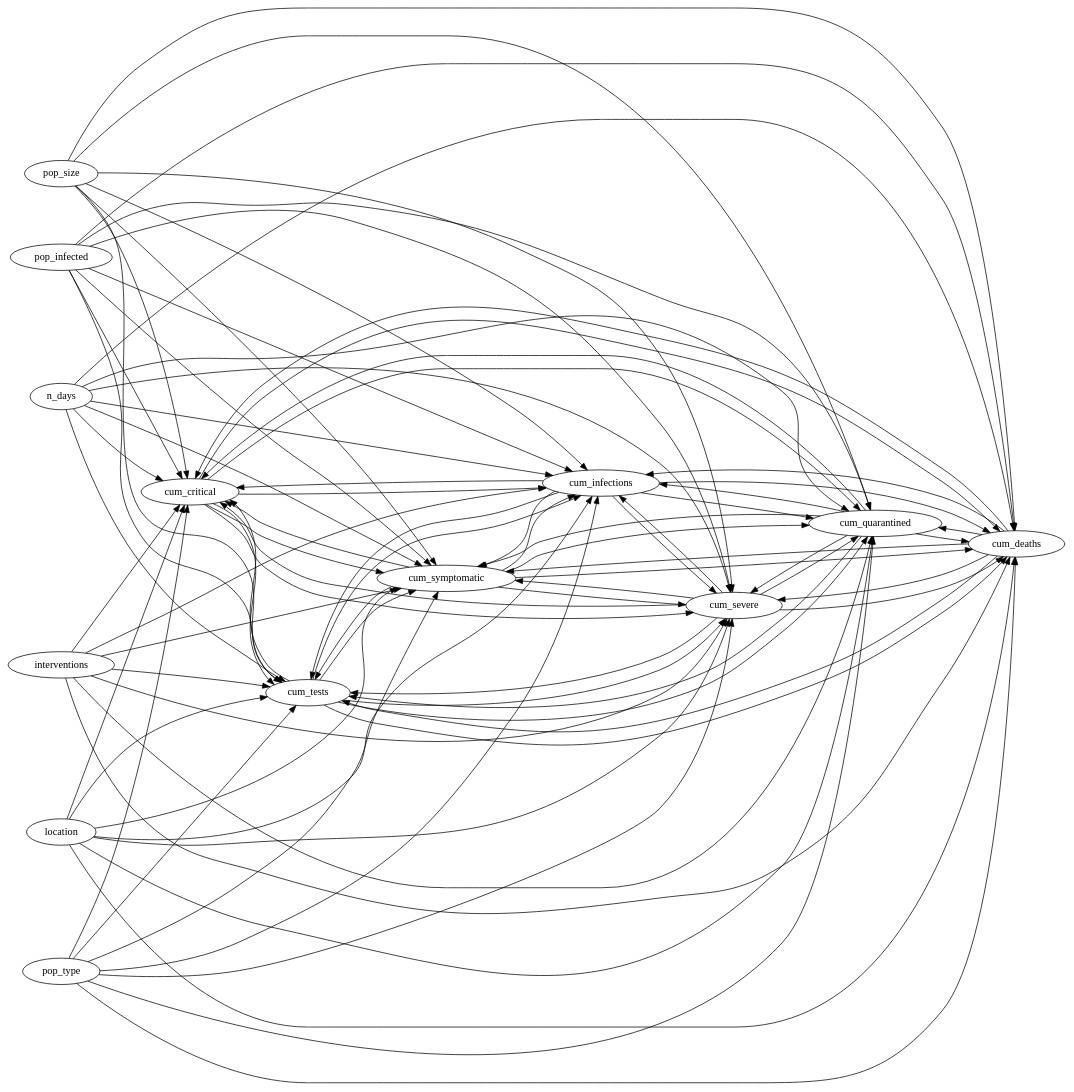
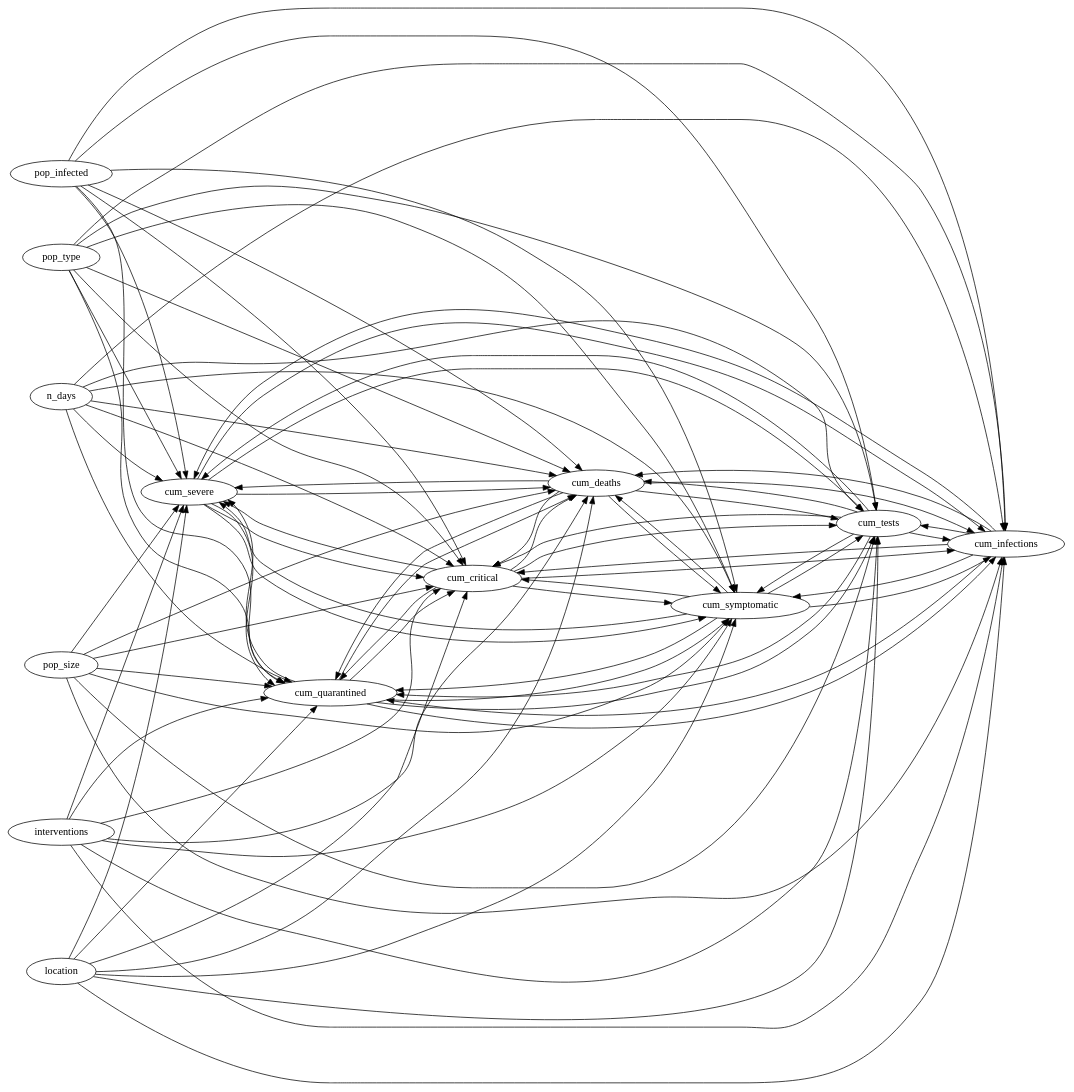
Before and after one commit to CITCOM-project/causcumber: the diagram in scenarios/basic-end2end/causal_dag_connected.dot, drawn with Graphviz. The commit also changed other lines of this file and 6 other files, not shown here.

```diff
--- a/scenarios/basic-end2end/causal_dag_connected.dot
+++ b/scenarios/basic-end2end/causal_dag_connected.dot
@@ -1,89 +1,89 @@
 digraph "" {
 	graph [newrank=True,
 		rankdir=LR
 	];
-	pop_infected -> cum_critical;
-	pop_infected -> cum_tests;
-	pop_infected -> cum_symptomatic;
-	pop_infected -> cum_infections;
+	pop_type -> cum_severe;
+	pop_type -> cum_quarantined;
+	pop_type -> cum_critical;
+	pop_type -> cum_deaths;
+	pop_type -> cum_symptomatic;
+	pop_type -> cum_tests;
+	pop_type -> cum_infections;
+	cum_severe -> cum_quarantined;
+	cum_severe -> cum_critical;
+	cum_severe -> cum_deaths;
+	cum_severe -> cum_symptomatic;
+	cum_severe -> cum_tests;
+	cum_severe -> cum_infections;
+	pop_size -> cum_severe;
+	pop_size -> cum_quarantined;
+	pop_size -> cum_critical;
+	pop_size -> cum_deaths;
+	pop_size -> cum_symptomatic;
+	pop_size -> cum_tests;
+	pop_size -> cum_infections;
 	pop_infected -> cum_severe;
 	pop_infected -> cum_quarantined;
+	pop_infected -> cum_critical;
 	pop_infected -> cum_deaths;
-	cum_critical -> cum_tests;
-	cum_critical -> cum_symptomatic;
-	cum_critical -> cum_infections;
+	pop_infected -> cum_symptomatic;
+	pop_infected -> cum_tests;
+	pop_infected -> cum_infections;
+	interventions -> cum_severe;
+	interventions -> cum_quarantined;
+	interventions -> cum_critical;
+	interventions -> cum_deaths;
+	interventions -> cum_symptomatic;
+	interventions -> cum_tests;
+	interventions -> cum_infections;
+	location -> cum_severe;
+	location -> cum_quarantined;
+	location -> cum_critical;
+	location -> cum_deaths;
+	location -> cum_symptomatic;
+	location -> cum_tests;
+	location -> cum_infections;
+	n_days -> cum_severe;
+	n_days -> cum_quarantined;
+	n_days -> cum_critical;
+	n_days -> cum_deaths;
+	n_days -> cum_symptomatic;
+	n_days -> cum_tests;
+	n_days -> cum_infections;
+	cum_quarantined -> cum_severe;
+	cum_quarantined -> cum_critical;
+	cum_quarantined -> cum_deaths;
+	cum_quarantined -> cum_symptomatic;
+	cum_quarantined -> cum_tests;
+	cum_quarantined -> cum_infections;
 	cum_critical -> cum_severe;
 	cum_critical -> cum_quarantined;
 	cum_critical -> cum_deaths;
-	interventions -> cum_critical;
-	interventions -> cum_tests;
-	interventions -> cum_symptomatic;
-	interventions -> cum_infections;
-	interventions -> cum_severe;
-	interventions -> cum_quarantined;
-	interventions -> cum_deaths;
-	pop_size -> cum_critical;
-	pop_size -> cum_tests;
-	pop_size -> cum_symptomatic;
-	pop_size -> cum_infections;
-	pop_size -> cum_severe;
-	pop_size -> cum_quarantined;
-	pop_size -> cum_deaths;
-	location -> cum_critical;
-	location -> cum_tests;
-	location -> cum_symptomatic;
-	location -> cum_infections;
-	location -> cum_severe;
-	location -> cum_quarantined;
-	location -> cum_deaths;
-	pop_type -> cum_critical;
-	pop_type -> cum_tests;
-	pop_type -> cum_symptomatic;
-	pop_type -> cum_infections;
-	pop_type -> cum_severe;
-	pop_type -> cum_quarantined;
-	pop_type -> cum_deaths;
-	n_days -> cum_critical;
-	n_days -> cum_tests;
-	n_days -> cum_symptomatic;
-	n_days -> cum_infections;
-	n_days -> cum_severe;
-	n_days -> cum_quarantined;
-	n_days -> cum_deaths;
+	cum_critical -> cum_symptomatic;
+	cum_critical -> cum_tests;
+	cum_critical -> cum_infections;
+	cum_deaths -> cum_severe;
+	cum_deaths -> cum_quarantined;
+	cum_deaths -> cum_critical;
+	cum_deaths -> cum_symptomatic;
+	cum_deaths -> cum_tests;
+	cum_deaths -> cum_infections;
+	cum_symptomatic -> cum_severe;
+	cum_symptomatic -> cum_quarantined;
+	cum_symptomatic -> cum_critical;
+	cum_symptomatic -> cum_deaths;
+	cum_symptomatic -> cum_tests;
+	cum_symptomatic -> cum_infections;
+	cum_tests -> cum_severe;
+	cum_tests -> cum_quarantined;
 	cum_tests -> cum_critical;
+	cum_tests -> cum_deaths;
 	cum_tests -> cum_symptomatic;
 	cum_tests -> cum_infections;
-	cum_tests -> cum_severe;
-	cum_tests -> cum_quarantined;
-	cum_tests -> cum_deaths;
-	cum_symptomatic -> cum_critical;
-	cum_symptomatic -> cum_tests;
-	cum_symptomatic -> cum_infections;
-	cum_symptomatic -> cum_severe;
-	cum_symptomatic -> cum_quarantined;
-	cum_symptomatic -> cum_deaths;
-	cum_infections -> cum_critical;
-	cum_infections -> cum_tests;
-	cum_infections -> cum_symptomatic;
 	cum_infections -> cum_severe;
 	cum_infections -> cum_quarantined;
+	cum_infections -> cum_critical;
 	cum_infections -> cum_deaths;
-	cum_severe -> cum_critical;
-	cum_severe -> cum_tests;
-	cum_severe -> cum_symptomatic;
-	cum_severe -> cum_infections;
-	cum_severe -> cum_quarantined;
-	cum_severe -> cum_deaths;
-	cum_quarantined -> cum_critical;
-	cum_quarantined -> cum_tests;
-	cum_quarantined -> cum_symptomatic;
-	cum_quarantined -> cum_infections;
-	cum_quarantined -> cum_severe;
-	cum_quarantined -> cum_deaths;
-	cum_deaths -> cum_critical;
-	cum_deaths -> cum_tests;
-	cum_deaths -> cum_symptomatic;
-	cum_deaths -> cum_infections;
-	cum_deaths -> cum_severe;
-	cum_deaths -> cum_quarantined;
+	cum_infections -> cum_symptomatic;
+	cum_infections -> cum_tests;
 }
```
